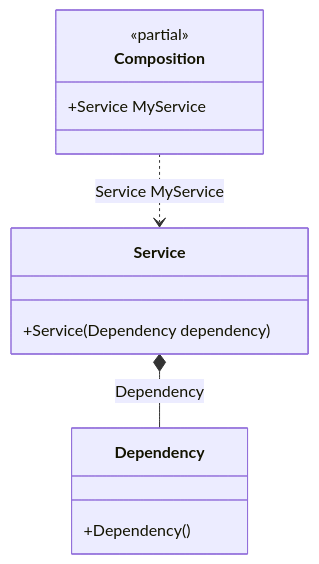
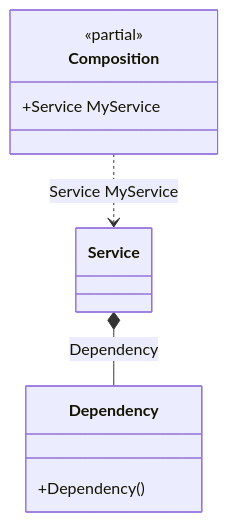
Before and after one commit to DevTeam/Pure.DI: the diagram in readme/auto-bindings.md, drawn with Mermaid. The commit also changed 92 other files, not shown here.

````diff
--- a/readme/auto-bindings.md
+++ b/readme/auto-bindings.md
@@ -60,15 +60,12 @@
 ```mermaid
 classDiagram
 	class Composition {
 		<<partial>>
 		+Service MyService
 	}
 	class Dependency {
 		+Dependency()
 	}
-	class Service {
-		+Service(Dependency dependency)
-	}
+	Composition ..> Service : Service MyService
 	Service *--  Dependency : Dependency
-	Composition ..> Service : Service MyService
 ```
````
